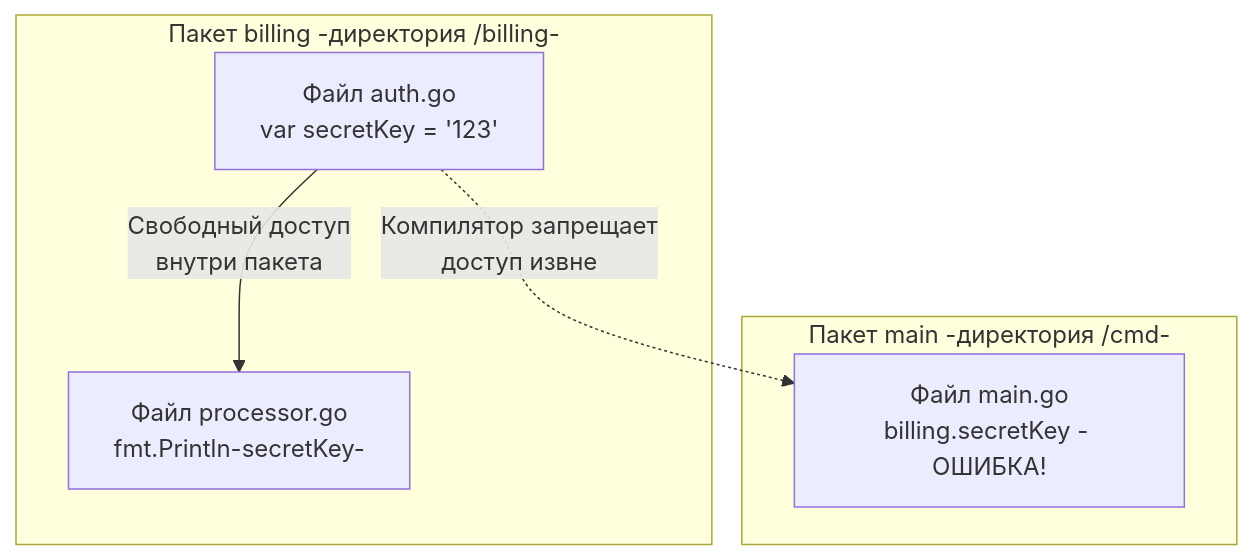
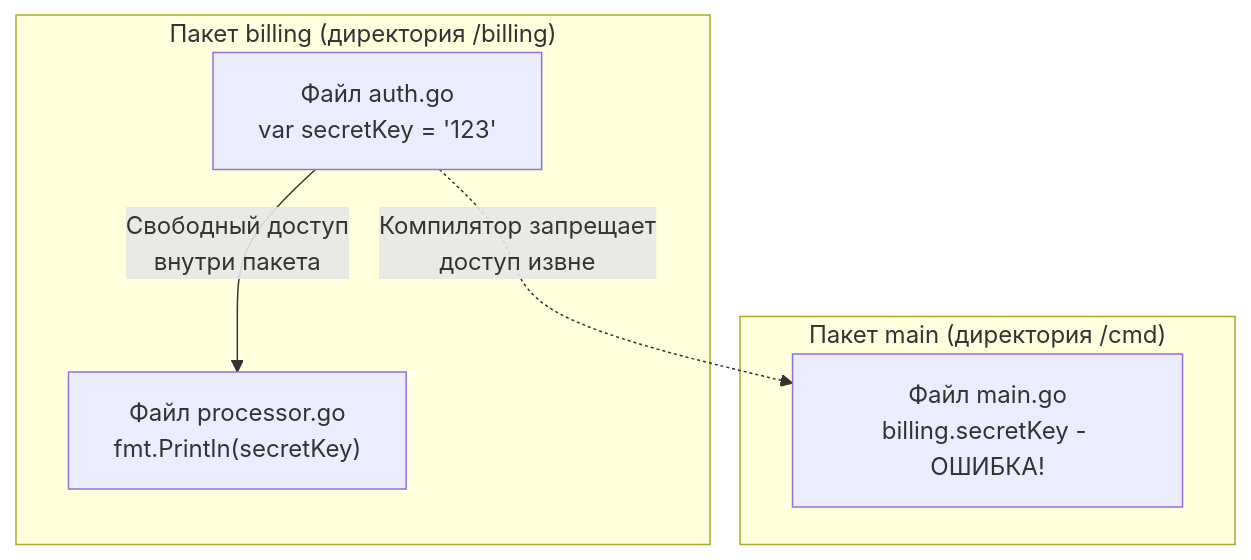
The diagram in sources/5. Учебник по Go (Основы и синтаксис)/27. Видимость имен. export и unexport.md (UnrealTemplier/go-textbook), drawn with Mermaid before and after one commit. The commit also changed other lines of this file, not shown here.

````diff
--- a/sources/5. Учебник по Go (Основы и синтаксис)/27. Видимость имен. export и unexport.md
+++ b/sources/5. Учебник по Go (Основы и синтаксис)/27. Видимость имен. export и unexport.md
@@ -27,12 +33,12 @@
 ```mermaid
 flowchart TD
-    subgraph PkgBilling ["Пакет billing -директория /billing-"]
-        F1["Файл auth.go<br>var secretKey = '123'"]
-        F2["Файл processor.go<br>fmt.Println-secretKey-"]
+    subgraph PkgBilling ["Пакет billing (директория /billing)"]
+        F1["Файл auth.go<br/>var secretKey = '123'"]
+        F2["Файл processor.go<br/>fmt.Println(secretKey)"]
     end
-    subgraph PkgMain["Пакет main -директория /cmd-"]
-        F3["Файл main.go<br>billing.secretKey - ОШИБКА!"]
+    subgraph PkgMain["Пакет main (директория /cmd)"]
+        F3["Файл main.go<br/>billing.secretKey - ОШИБКА!"]
     end
-    F1 -->|"Свободный доступ<br>внутри пакета"| F2
-    F1 -.->|"Компилятор запрещает<br>доступ извне"| F3
+    F1 -->|"Свободный доступ<br/>внутри пакета"| F2
+    F1 -.->|"Компилятор запрещает<br/>доступ извне"| F3
 ```
````
